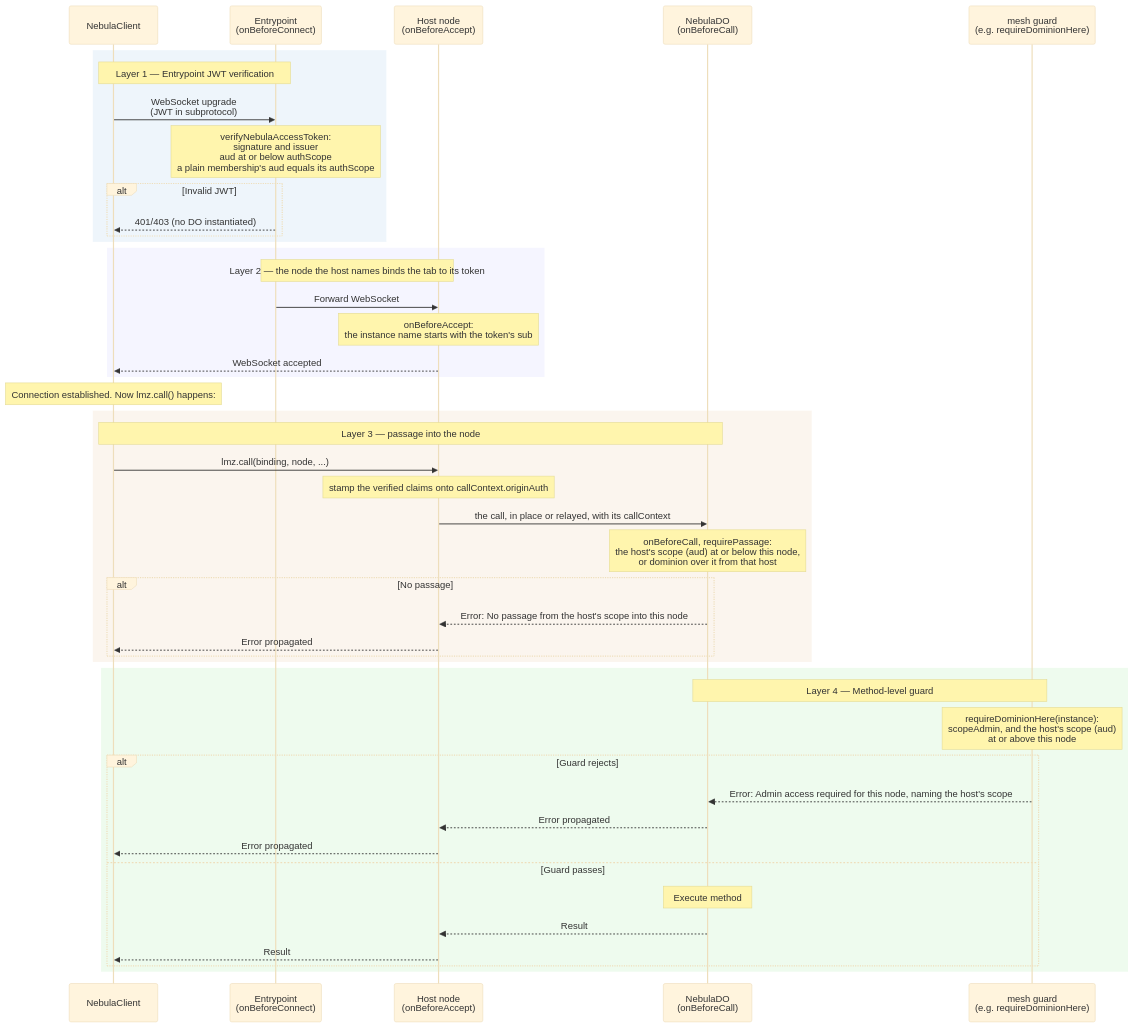
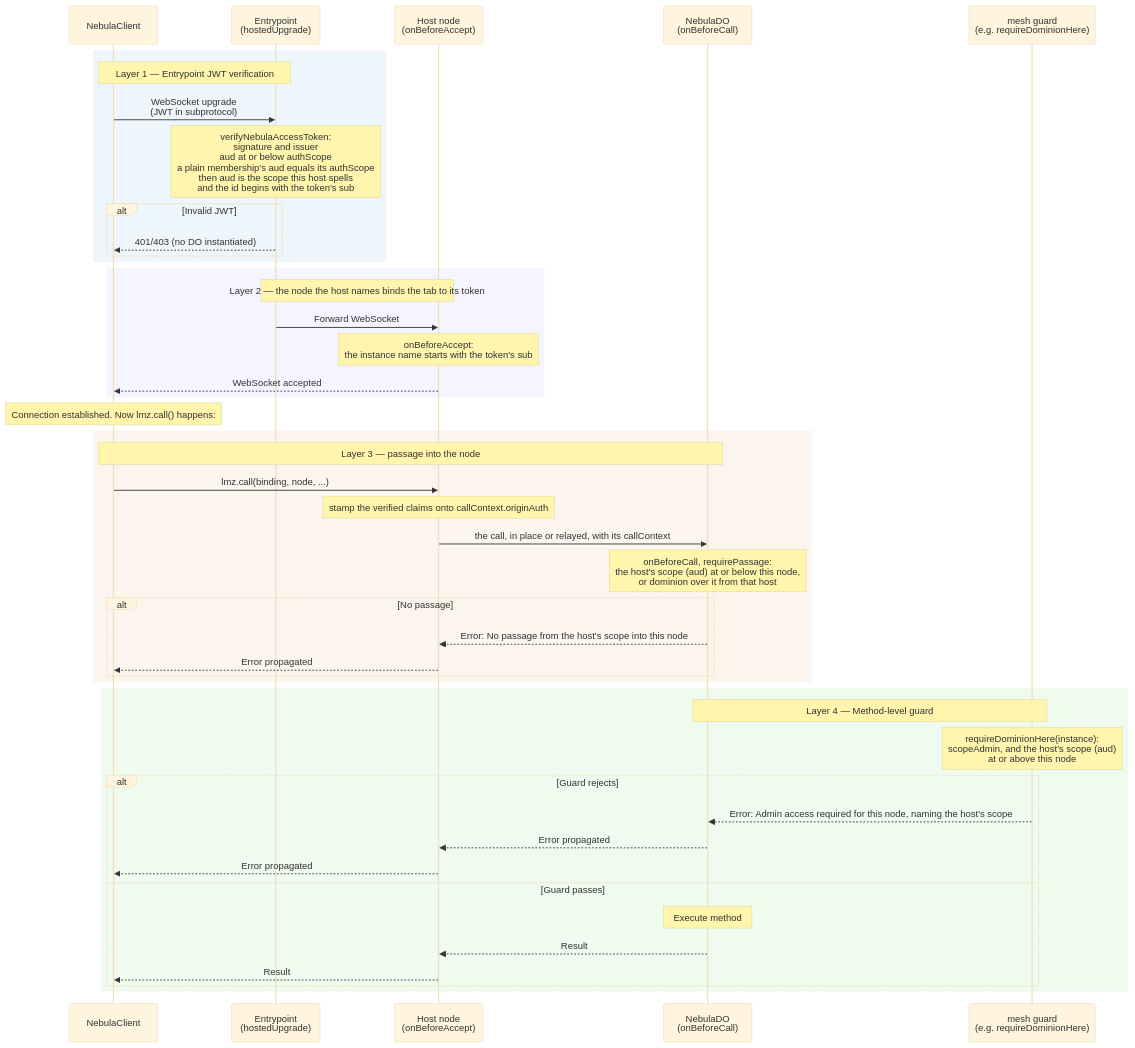
The fourth of 5 diagrams in website/docs/nebula/auth-flows.md (lumenize/lumenize), drawn with Mermaid (base theme) before and after one commit. The commit also changed 59 other files, not shown here.

````diff
--- a/website/docs/nebula/auth-flows.md
+++ b/website/docs/nebula/auth-flows.md
@@ -207,52 +207,52 @@
 ```mermaid
 sequenceDiagram
     participant C as NebulaClient
-    participant EP as Entrypoint<br/>(onBeforeConnect)
+    participant EP as Entrypoint<br/>(hostedUpgrade)
     participant GW as Host node<br/>(onBeforeAccept)
     participant DO as NebulaDO<br/>(onBeforeCall)
     participant M as mesh guard<br/>(e.g. requireDominionHere)
 
     rect rgba(200, 220, 240, 0.3)
         Note over C,EP: Layer 1 — Entrypoint JWT verification
         C->>EP: WebSocket upgrade<br/>(JWT in subprotocol)
-        Note over EP: verifyNebulaAccessToken:<br/>signature and issuer<br/>aud at or below authScope<br/>a plain membership's aud equals its authScope
+        Note over EP: verifyNebulaAccessToken:<br/>signature and issuer<br/>aud at or below authScope<br/>a plain membership's aud equals its authScope<br/>then aud is the scope this host spells<br/>and the id begins with the token's sub
         alt Invalid JWT
             EP-->>C: 401/403 (no DO instantiated)
         end
     end
 
     rect rgba(220, 220, 255, 0.3)
         Note over EP,GW: Layer 2 — the node the host names binds the tab to its token
         EP->>GW: Forward WebSocket
         Note over GW: onBeforeAccept:<br/>the instance name starts with the token's sub
         GW-->>C: WebSocket accepted
     end
 
     Note over C: Connection established. Now lmz.call() happens:
 
     rect rgba(240, 220, 200, 0.3)
         Note over C,DO: Layer 3 — passage into the node
         C->>GW: lmz.call(binding, node, ...)
         Note over GW: stamp the verified claims onto callContext.originAuth
         GW->>DO: the call, in place or relayed, with its callContext
         Note over DO: onBeforeCall, requirePassage:<br/>the host's scope (aud) at or below this node,<br/>or dominion over it from that host
         alt No passage
             DO-->>GW: Error: No passage from the host's scope into this node
             GW-->>C: Error propagated
         end
     end
 
     rect rgba(200, 240, 200, 0.3)
         Note over DO,M: Layer 4 — Method-level guard
         Note over M: requireDominionHere(instance):<br/>scopeAdmin, and the host's scope (aud)<br/>at or above this node
         alt Guard rejects
             M-->>DO: Error: Admin access required for this node, naming the host's scope
             DO-->>GW: Error propagated
             GW-->>C: Error propagated
         else Guard passes
             Note over DO: Execute method
             DO-->>GW: Result
             GW-->>C: Result
         end
     end
 ```
````
